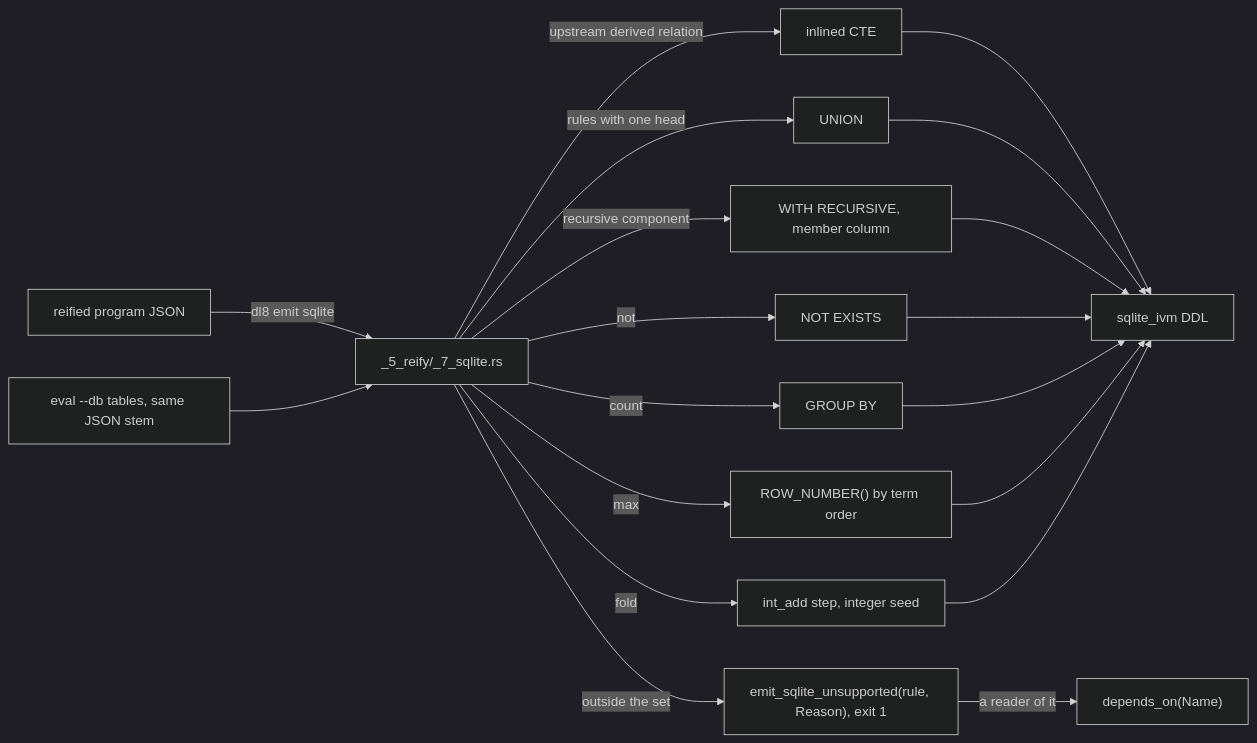
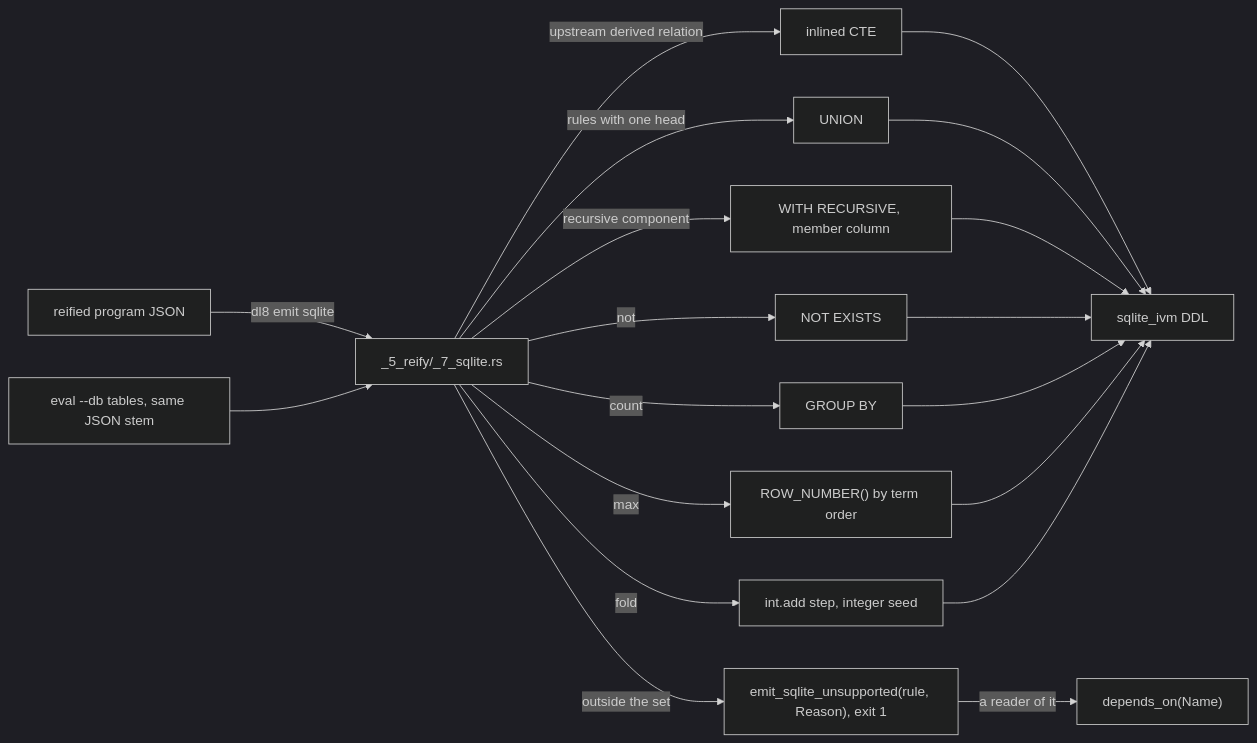
One commit to hafley66/sprefa changed the diagram in book/src/13_sqlite.md. Above: the diagram before and after it, drawn with Mermaid (dark theme). The commit also changed other lines of this file and 19 other files, not shown here.

````diff
--- a/book/src/13_sqlite.md
+++ b/book/src/13_sqlite.md
@@ -5,15 +5,15 @@
 ```mermaid
 flowchart LR
   program[reified program JSON] -->|dl8 emit sqlite| lowersql[_5_reify/_7_sqlite.rs]
   tables[eval --db tables, same JSON stem] --> lowersql
   lowersql -->|upstream derived relation| cte[inlined CTE]
   lowersql -->|rules with one head| unionall[UNION]
   lowersql -->|recursive component| recursive[WITH RECURSIVE, member column]
   lowersql -->|not| notexists[NOT EXISTS]
   lowersql -->|count| groupby[GROUP BY]
   lowersql -->|max| rownumber["ROW_NUMBER() by term order"]
-  lowersql -->|fold| foldadd[int_add step, integer seed]
+  lowersql -->|fold| foldadd[int.add step, integer seed]
   cte & unionall & recursive & notexists & groupby & rownumber & foldadd --> ddl[sqlite_ivm DDL]
   lowersql -->|outside the set| unsupported["emit_sqlite_unsupported(rule, Reason), exit 1"]
   unsupported -->|a reader of it| dependson["depends_on(Name)"]
 ```
````
